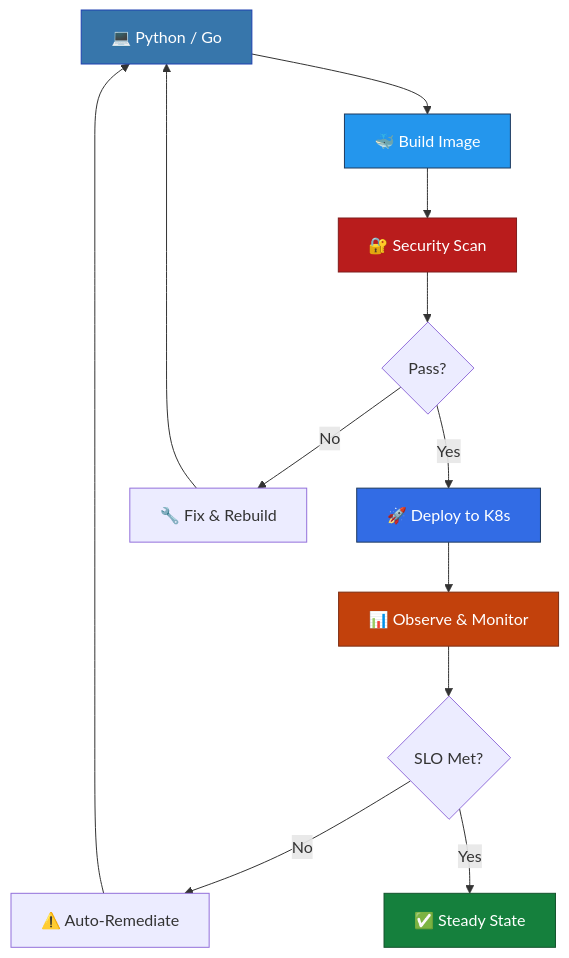
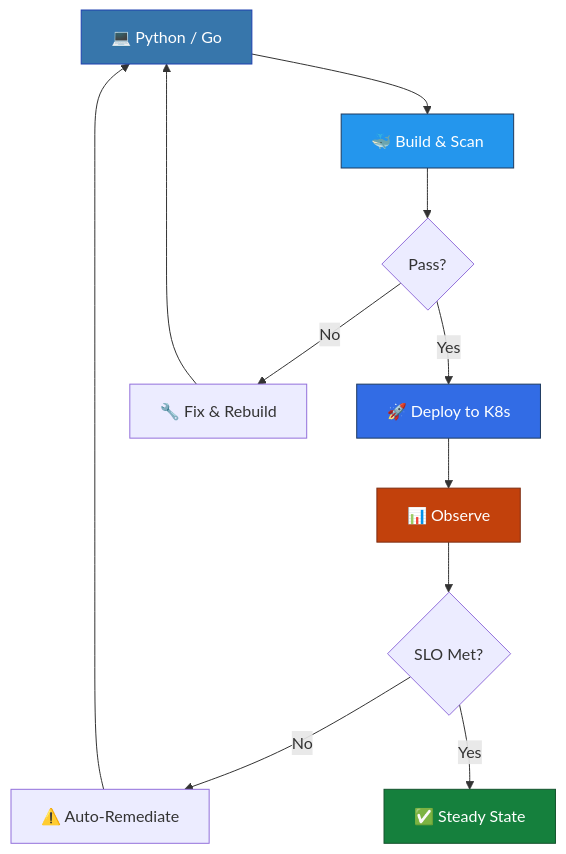
One commit to AnjaliPriyaa/AnjaliPriyaa changed the diagram in README.md. Above: the diagram before and after it, drawn with Mermaid. The commit also changed other lines of this file, not shown here.

````diff
--- a/README.md
+++ b/README.md
@@ -72,20 +60,18 @@
 ```mermaid
 graph TD
-    A["💻 Python / Go"] --> B["🐳 Build Image"]
-    B --> C["🔐 Security Scan"]
-    C --> D{"Pass?"}
-    D -->|"Yes"| E["🚀 Deploy to K8s"]
-    D -->|"No"| F["🔧 Fix & Rebuild"]
-    F --> A
-    E --> G["📊 Observe & Monitor"]
-    G --> H{"SLO Met?"}
-    H -->|"No"| I["⚠️ Auto-Remediate"]
-    I --> A
-    H -->|"Yes"| J["✅ Steady State"]
+    A["💻 Python / Go"] --> B["🐳 Build & Scan"]
+    B --> C{"Pass?"}
+    C -->|"Yes"| D["🚀 Deploy to K8s"]
+    C -->|"No"| E["🔧 Fix & Rebuild"]
+    E --> A
+    D --> F["📊 Observe"]
+    F --> G{"SLO Met?"}
+    G -->|"No"| H["⚠️ Auto-Remediate"]
+    H --> A
+    G -->|"Yes"| I["✅ Steady State"]
     style A fill:#3776AB,color:#fff,stroke:#1e40af
     style B fill:#2496ED,color:#fff,stroke:#1e3a5f
-    style C fill:#b91c1c,color:#fff,stroke:#7f1d1d
-    style E fill:#326CE5,color:#fff,stroke:#1e3a5f
-    style G fill:#c2410c,color:#fff,stroke:#7c2d12
-    style J fill:#15803d,color:#fff,stroke:#14532d
+    style D fill:#326CE5,color:#fff,stroke:#1e3a5f
+    style F fill:#c2410c,color:#fff,stroke:#7c2d12
+    style I fill:#15803d,color:#fff,stroke:#14532d
 ```
````
